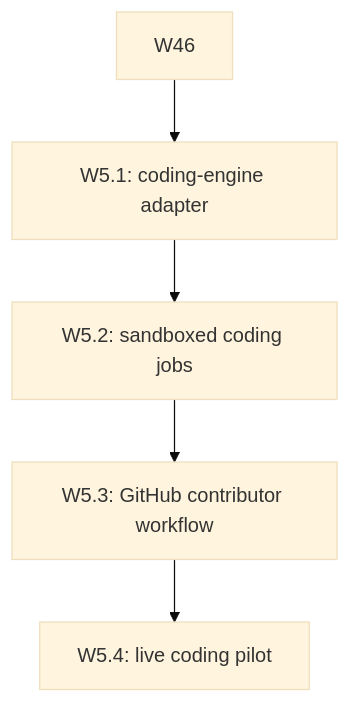
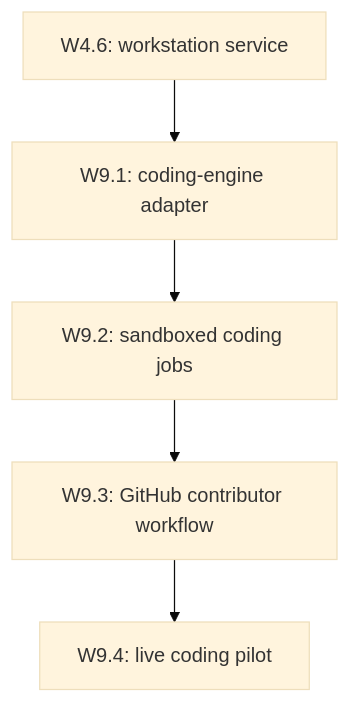
The ninth of 10 diagrams in docs/lyra_build_plan.md (ChrisHartline/Lyra), drawn with Mermaid (base theme) before and after one commit. The commit also changed other lines of this file, not shown here.

Commit message:
Roadmap: prioritize companion experience waves

````diff
--- a/docs/lyra_build_plan.md
+++ b/docs/lyra_build_plan.md
@@ -277,11 +386,11 @@
 ```mermaid
 graph TD
-    W51[W5.1: coding-engine adapter]
-    W52[W5.2: sandboxed coding jobs]
-    W53[W5.3: GitHub contributor workflow]
-    W54[W5.4: live coding pilot]
-    W46 --> W51
-    W51 --> W52
-    W52 --> W53
-    W53 --> W54
+    W91[W9.1: coding-engine adapter]
+    W92[W9.2: sandboxed coding jobs]
+    W93[W9.3: GitHub contributor workflow]
+    W94[W9.4: live coding pilot]
+    W46[W4.6: workstation service] --> W91
+    W91 --> W92
+    W92 --> W93
+    W93 --> W94
 ```
````
